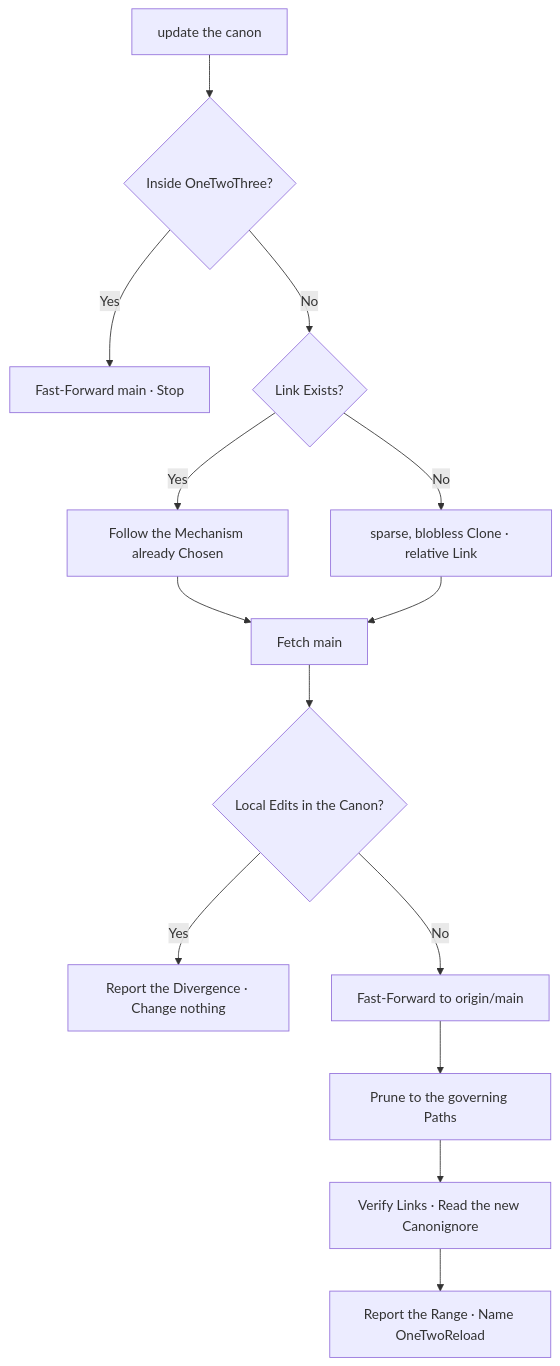
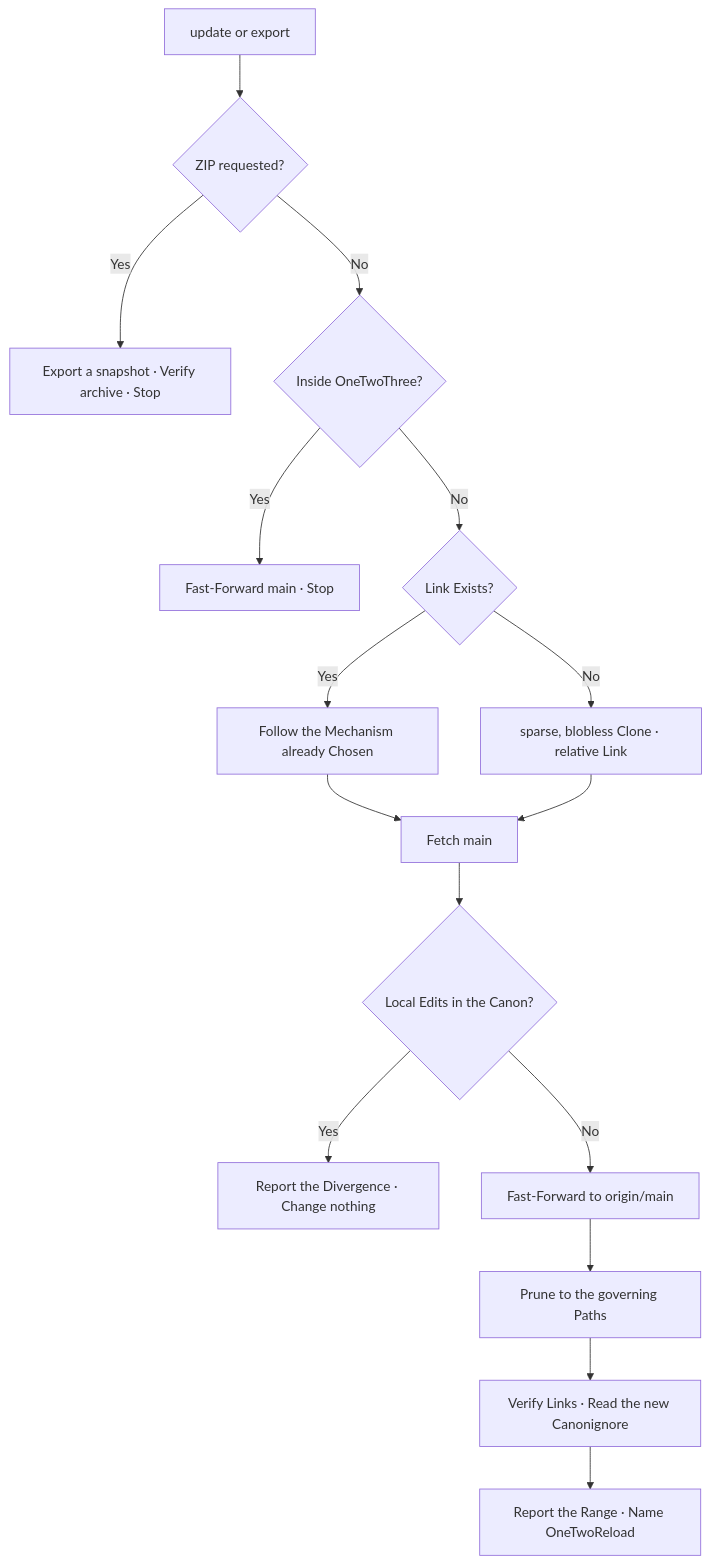
Before and after one commit to cangrejometralleta/OneTwoThree: the diagram in .agents/skills/one-two-update/SKILL.md, drawn with Mermaid. The commit also changed other lines of this file and 10 other files, not shown here.

Commit message:
Add contained canon distributions and portable ZIP export

````diff
--- a/.agents/skills/one-two-update/SKILL.md
+++ b/.agents/skills/one-two-update/SKILL.md
@@ -24,16 +25,18 @@
 ```mermaid
 flowchart TD
-    START["update the canon"] --> HERE{"Inside OneTwoThree?"}
+    START["update or export"] --> MODE{"ZIP requested?"}
+    MODE -- Yes --> ZIP["Export a snapshot · Verify archive · Stop"]
+    MODE -- No --> HERE{"Inside OneTwoThree?"}
     HERE -- Yes --> PULL["Fast-Forward main · Stop"]
     HERE -- No --> LINK{"Link Exists?"}
     LINK -- Yes --> FOLLOW["Follow the Mechanism already Chosen"]
     LINK -- No --> ADOPT["sparse, blobless Clone · relative Link"]
     FOLLOW --> FETCH["Fetch main"]
     ADOPT --> FETCH
     FETCH --> DIVERGE{"Local Edits in the Canon?"}
     DIVERGE -- Yes --> STOP["Report the Divergence · Change nothing"]
     DIVERGE -- No --> APPLY["Fast-Forward to origin/main"]
     APPLY --> REDUCE["Prune to the governing Paths"]
     REDUCE --> VERIFY["Verify Links · Read the new Canonignore"]
     VERIFY --> REPORT["Report the Range · Name OneTwoReload"]
 ```
````
